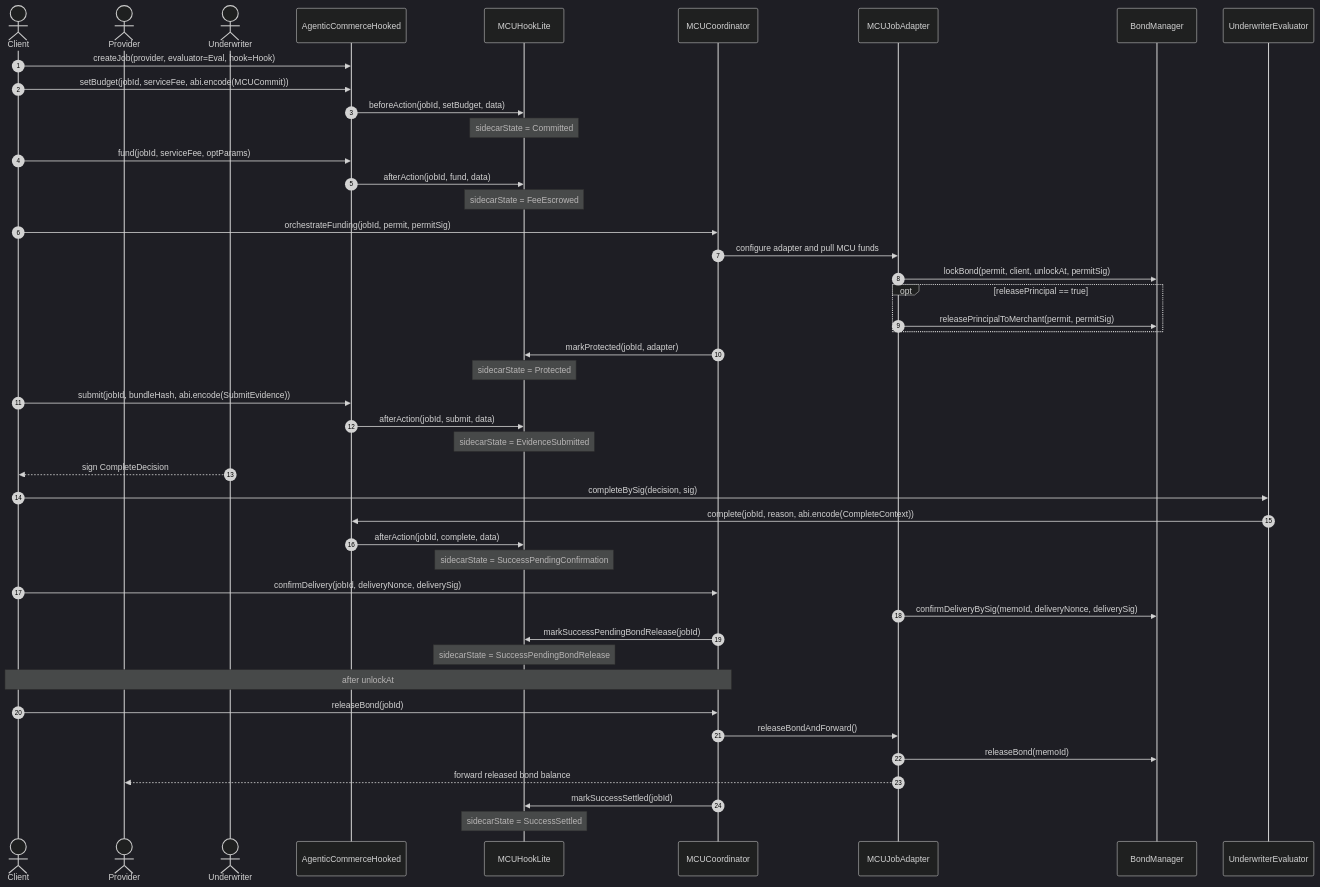
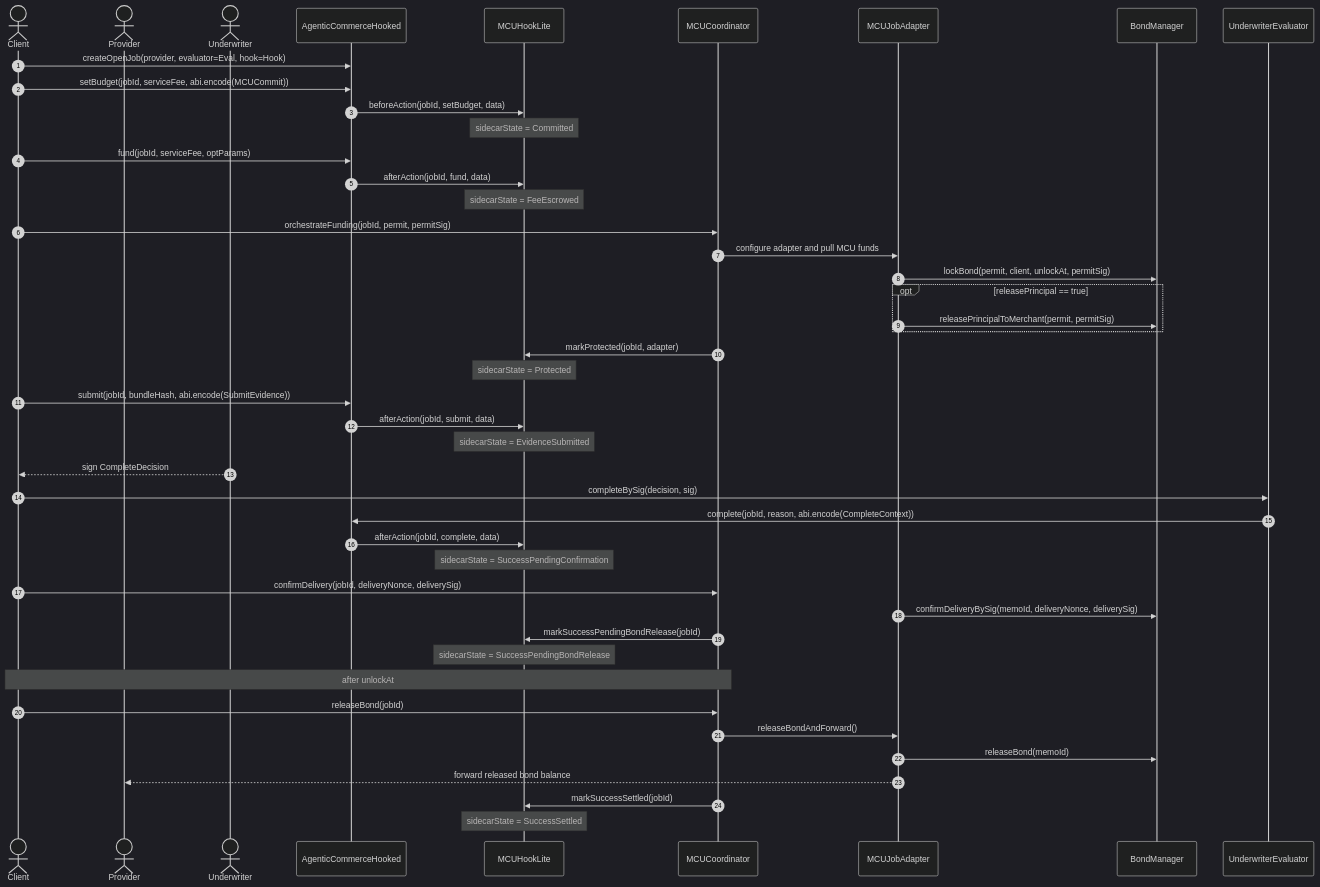
One commit to t54-labs/ERC-ACP changed the second of 2 diagrams in contracts/mcu/README.md. Above: the diagram before and after it, drawn with Mermaid (dark theme). The commit also changed other lines of this file and 14 other files, not shown here.

````diff
--- a/contracts/mcu/README.md
+++ b/contracts/mcu/README.md
@@ -262,54 +263,54 @@
 ```mermaid
 sequenceDiagram
     autonumber
     actor Client
     actor Provider
     actor Underwriter
     participant ACP as AgenticCommerceHooked
     participant Hook as MCUHookLite
     participant Coord as MCUCoordinator
     participant Adapter as MCUJobAdapter
     participant Bond as BondManager
     participant Eval as UnderwriterEvaluator
 
-    Client->>ACP: createJob(provider, evaluator=Eval, hook=Hook)
+    Client->>ACP: createOpenJob(provider, evaluator=Eval, hook=Hook)
     Client->>ACP: setBudget(jobId, serviceFee, abi.encode(MCUCommit))
     ACP->>Hook: beforeAction(jobId, setBudget, data)
     Note over Hook: sidecarState = Committed
 
     Client->>ACP: fund(jobId, serviceFee, optParams)
     ACP->>Hook: afterAction(jobId, fund, data)
     Note over Hook: sidecarState = FeeEscrowed
 
     Client->>Coord: orchestrateFunding(jobId, permit, permitSig)
     Coord->>Adapter: configure adapter and pull MCU funds
     Adapter->>Bond: lockBond(permit, client, unlockAt, permitSig)
     opt releasePrincipal == true
         Adapter->>Bond: releasePrincipalToMerchant(permit, permitSig)
     end
     Coord->>Hook: markProtected(jobId, adapter)
     Note over Hook: sidecarState = Protected
 
     Client->>ACP: submit(jobId, bundleHash, abi.encode(SubmitEvidence))
     ACP->>Hook: afterAction(jobId, submit, data)
     Note over Hook: sidecarState = EvidenceSubmitted
 
     Underwriter-->>Client: sign CompleteDecision
     Client->>Eval: completeBySig(decision, sig)
     Eval->>ACP: complete(jobId, reason, abi.encode(CompleteContext))
     ACP->>Hook: afterAction(jobId, complete, data)
     Note over Hook: sidecarState = SuccessPendingConfirmation
 
     Client->>Coord: confirmDelivery(jobId, deliveryNonce, deliverySig)
     Adapter->>Bond: confirmDeliveryBySig(memoId, deliveryNonce, deliverySig)
     Coord->>Hook: markSuccessPendingBondRelease(jobId)
     Note over Hook: sidecarState = SuccessPendingBondRelease
 
     Note over Client,Coord: after unlockAt
     Client->>Coord: releaseBond(jobId)
     Coord->>Adapter: releaseBondAndForward()
     Adapter->>Bond: releaseBond(memoId)
     Adapter-->>Provider: forward released bond balance
     Coord->>Hook: markSuccessSettled(jobId)
     Note over Hook: sidecarState = SuccessSettled
 ```
````
